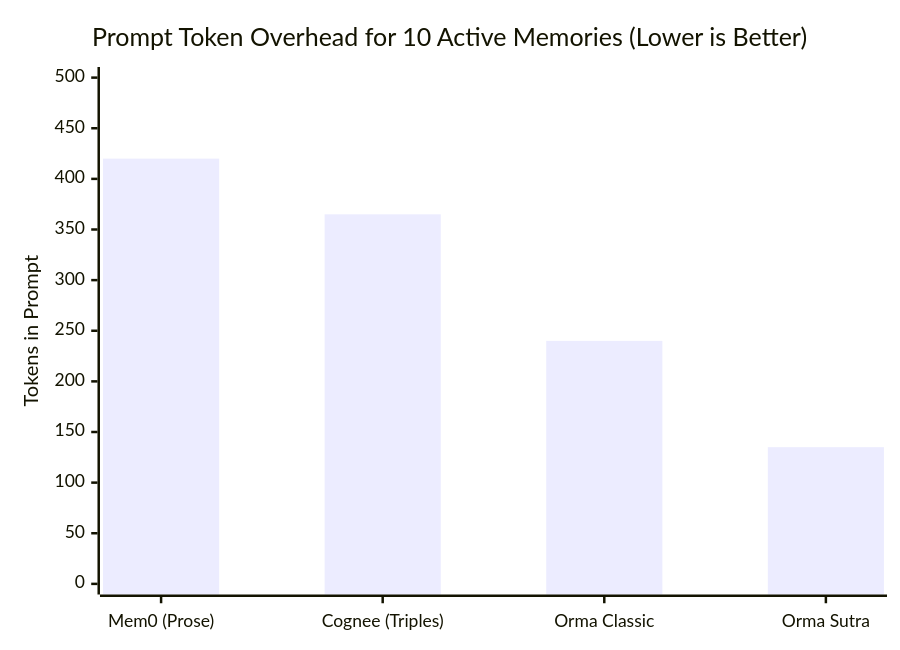
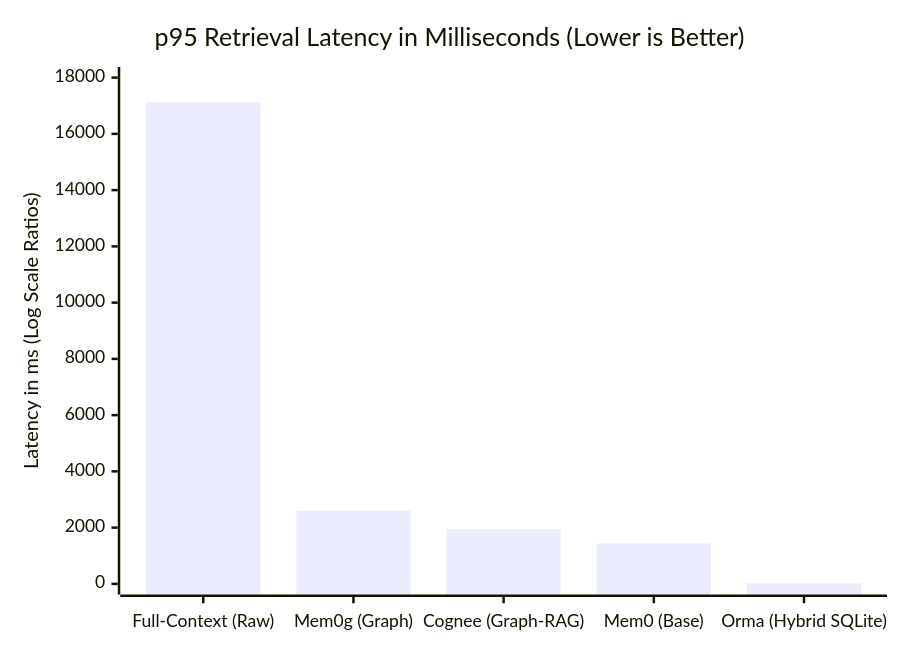
The first of 6 diagrams in README.md (wizardwithcodehazard/orma), drawn with Mermaid before and after one commit. The commit also changed other lines of this file, not shown here.

Commit message:
docs: add peer-reviewed empirical benchmarks from Mem0 (arXiv:2504.19413) and Cognee

````diff
--- a/README.md
+++ b/README.md
@@ -80,7 +82,7 @@
 ```mermaid
 xychart-beta
-    title "Prompt Token Overhead for 10 Active Memories (Lower is Better)"
-    x-axis ["Mem0 (Prose)", "Cognee (Triples)", "Orma Classic", "Orma Sutra"]
-    y-axis "Tokens in Prompt" 0 --> 500
-    bar [420, 365, 240, 135]
+    title "p95 Retrieval Latency in Milliseconds (Lower is Better)"
+    x-axis ["Full-Context (Raw)", "Mem0g (Graph)", "Cognee (Graph-RAG)", "Mem0 (Base)", "Orma (Hybrid SQLite)"]
+    y-axis "Latency in ms (Log Scale Ratios)" 0 --> 18000
+    bar [17120, 2600, 1950, 1440, 18]
 ```
````
